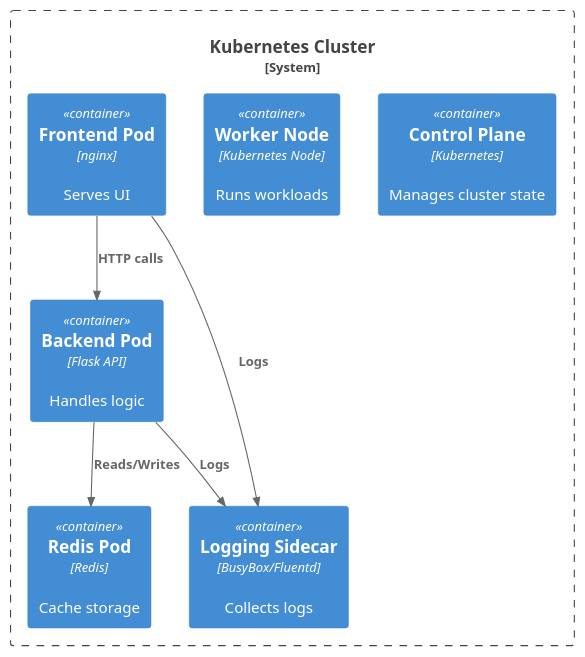
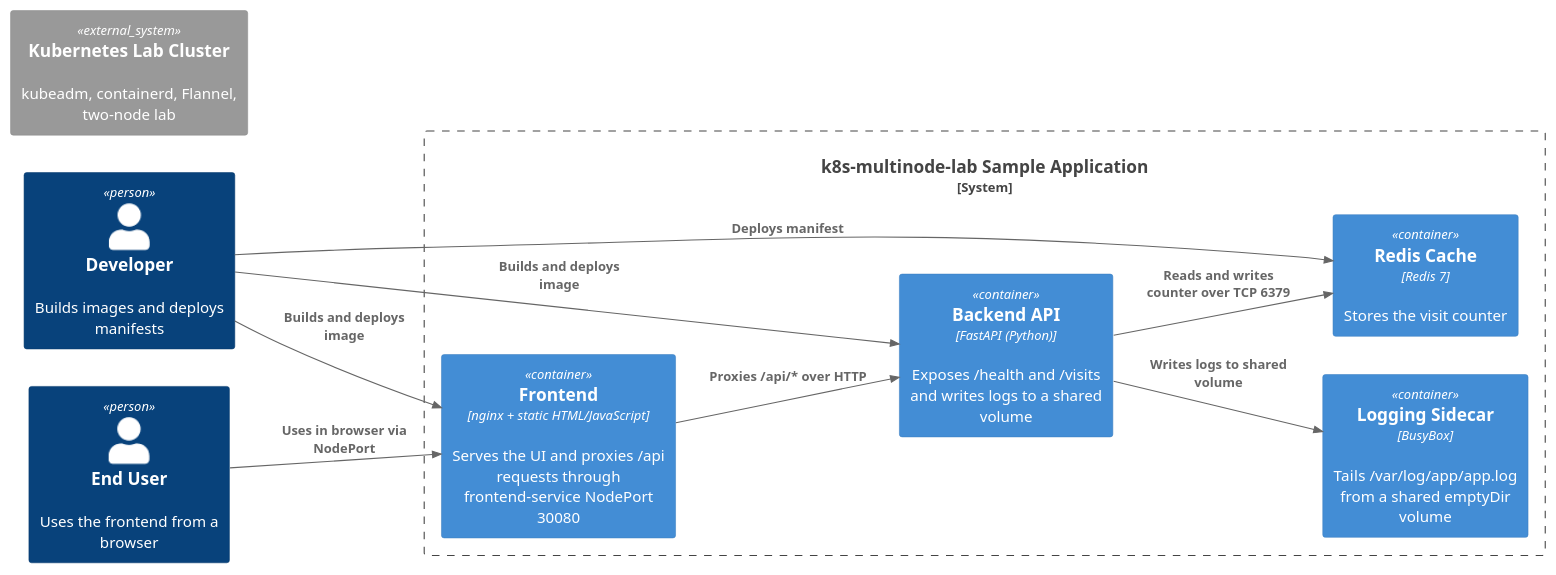
One commit to GasimV/Pet-Projects changed the diagram in k8s-multinode-lab/Architecture/C4_Container.puml. Above: the diagram before and after it, drawn with PlantUML. The commit also changed 23 other files, not shown here.

First line of the commit message:
Refactor architecture diagrams and application structure

```diff
--- a/k8s-multinode-lab/Architecture/C4_Container.puml
+++ b/k8s-multinode-lab/Architecture/C4_Container.puml
@@ -1,23 +1,27 @@
 @startuml C4_Container
 !include https://raw.githubusercontent.com/plantuml-stdlib/C4-PlantUML/master/C4_Container.puml
 
-System_Boundary(cluster, "Kubernetes Cluster") {
+LAYOUT_LEFT_RIGHT()
 
-Container(control, "Control Plane", "Kubernetes", "Manages cluster state")
+Person(dev, "Developer", "Builds images and deploys manifests")
+Person(user, "End User", "Uses the frontend from a browser")
+System_Ext(cluster, "Kubernetes Lab Cluster", "kubeadm, containerd, Flannel, two-node lab")
 
-Container(worker1, "Worker Node", "Kubernetes Node", "Runs workloads")
+System_Boundary(app, "k8s-multinode-lab Sample Application") {
 
-Container(frontend, "Frontend Pod", "nginx", "Serves UI")
-Container(backend, "Backend Pod", "Flask API", "Handles logic")
-Container(redis, "Redis Pod", "Redis", "Cache storage")
-
-Container(sidecar, "Logging Sidecar", "BusyBox/Fluentd", "Collects logs")
+Container(frontend, "Frontend", "nginx + static HTML/JavaScript", "Serves the UI and proxies /api requests through frontend-service NodePort 30080")
+Container(backend, "Backend API", "FastAPI (Python)", "Exposes /health and /visits and writes logs to a shared volume")
+Container(sidecar, "Logging Sidecar", "BusyBox", "Tails /var/log/app/app.log from a shared emptyDir volume")
+Container(redis, "Redis Cache", "Redis 7", "Stores the visit counter")
 
 }
 
-Rel(frontend, backend, "HTTP calls")
-Rel(backend, redis, "Reads/Writes")
-Rel(frontend, sidecar, "Logs")
-Rel(backend, sidecar, "Logs")
+Rel(dev, frontend, "Builds and deploys image")
+Rel(dev, backend, "Builds and deploys image")
+Rel(dev, redis, "Deploys manifest")
+Rel(user, frontend, "Uses in browser via NodePort")
+Rel(frontend, backend, "Proxies /api/* over HTTP")
+Rel(backend, redis, "Reads and writes counter over TCP 6379")
+Rel(backend, sidecar, "Writes logs to shared volume")
 
 @enduml
```
